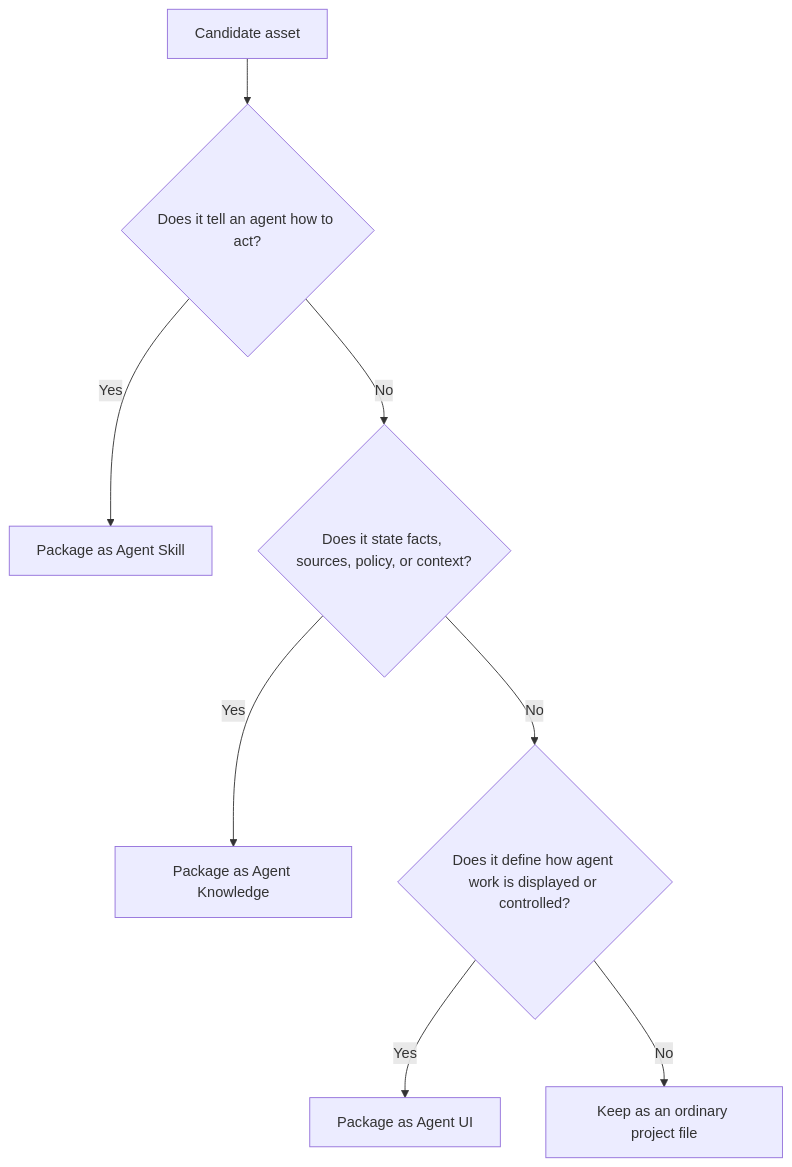
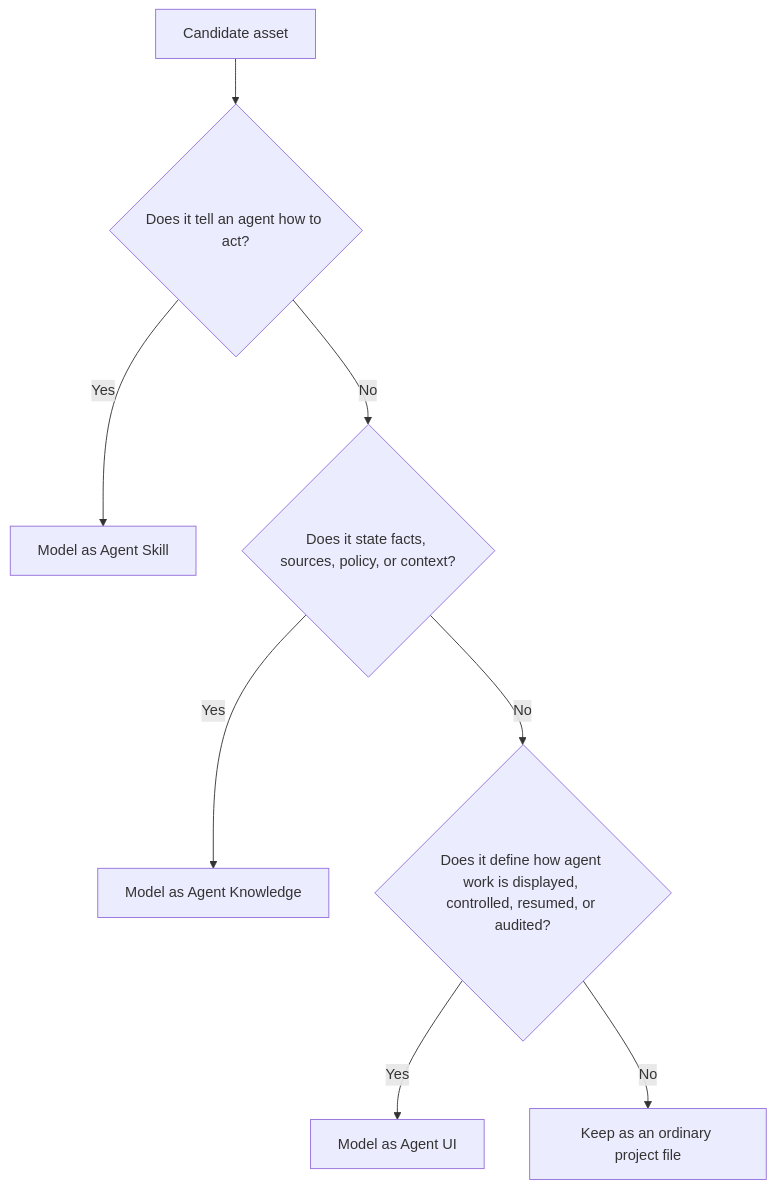
The diagram in docs/en/agent-ui-vs-skills-knowledge.md (limecloud/agentui), drawn with Mermaid before and after one commit. The commit also changed other lines of this file and 72 other files, not shown here.

````diff
--- a/docs/en/agent-ui-vs-skills-knowledge.md
+++ b/docs/en/agent-ui-vs-skills-knowledge.md
@@ -18,10 +18,10 @@
 ```mermaid
 flowchart TD
   Asset[Candidate asset] --> ActionQ{Does it tell an agent how to act?}
-  ActionQ -->|Yes| Skill[Package as Agent Skill]
+  ActionQ -->|Yes| Skill[Model as Agent Skill]
   ActionQ -->|No| FactQ{Does it state facts, sources, policy, or context?}
-  FactQ -->|Yes| Knowledge[Package as Agent Knowledge]
-  FactQ -->|No| UIQ{Does it define how agent work is displayed or controlled?}
-  UIQ -->|Yes| UI[Package as Agent UI]
+  FactQ -->|Yes| Knowledge[Model as Agent Knowledge]
+  FactQ -->|No| UIQ{Does it define how agent work is displayed, controlled, resumed, or audited?}
+  UIQ -->|Yes| UI[Model as Agent UI]
   UIQ -->|No| Ordinary[Keep as an ordinary project file]
 ```
````
